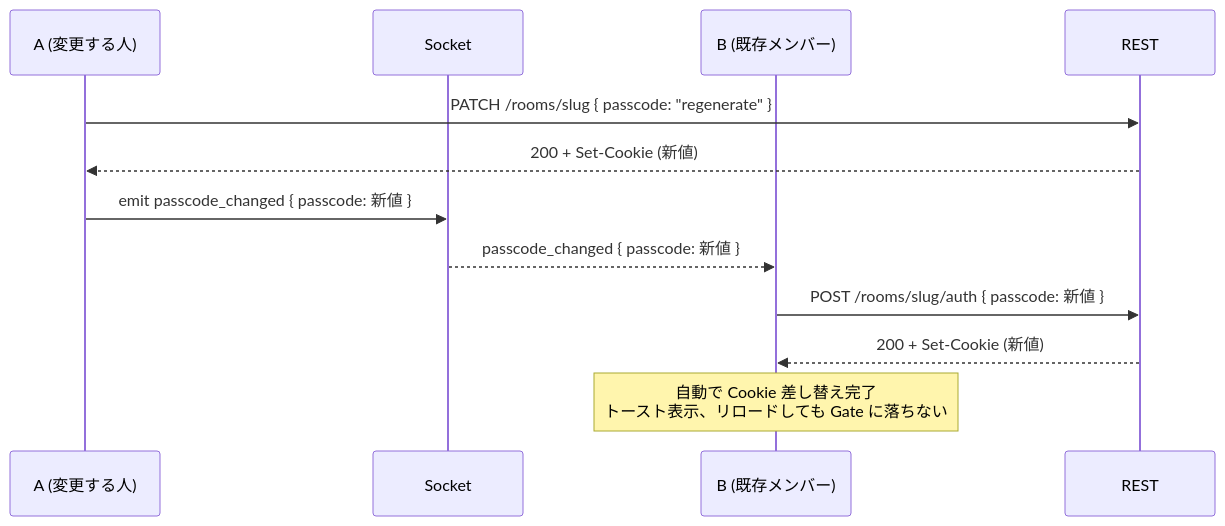
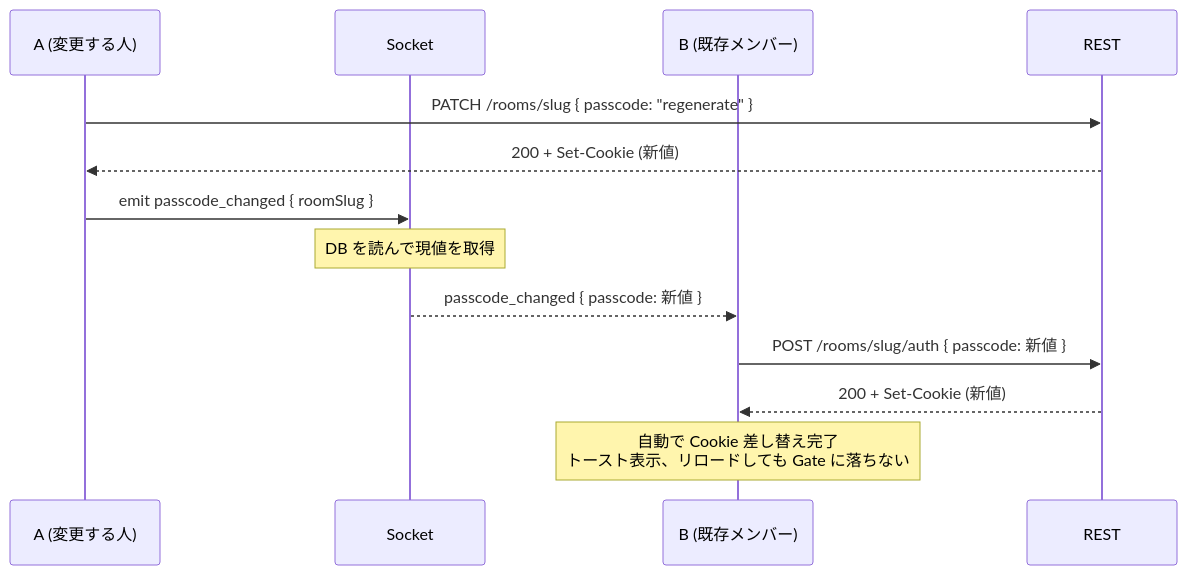
The second of 2 diagrams in docs/frontend.md (zagan-the-gun/XW-1), drawn with Mermaid before and after one commit. The commit also changed other lines of this file and 20 other files, not shown here.

````diff
--- a/docs/frontend.md
+++ b/docs/frontend.md
@@ -259,15 +259,16 @@
 ```mermaid
 sequenceDiagram
     participant A as A (変更する人)
     participant S as Socket
     participant B as B (既存メンバー)
     participant API as REST
 
     A->>API: PATCH /rooms/slug { passcode: "regenerate" }
     API-->>A: 200 + Set-Cookie (新値)
-    A->>S: emit passcode_changed { passcode: 新値 }
+    A->>S: emit passcode_changed { roomSlug }
+    Note over S: DB を読んで現値を取得
     S-->>B: passcode_changed { passcode: 新値 }
     B->>API: POST /rooms/slug/auth { passcode: 新値 }
     API-->>B: 200 + Set-Cookie (新値)
     Note over B: 自動で Cookie 差し替え完了<br/>トースト表示、リロードしても Gate に落ちない
 ```
````
